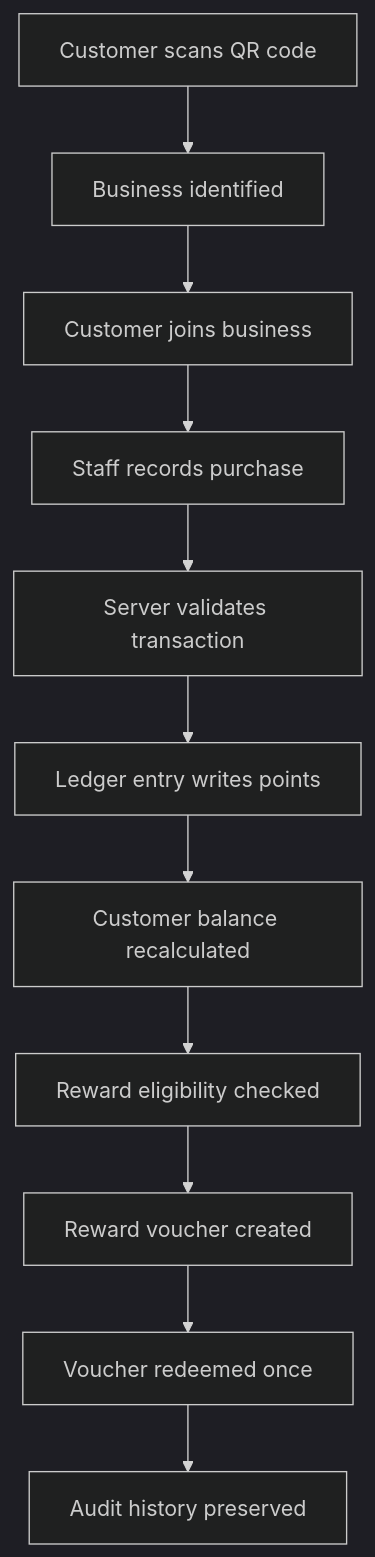
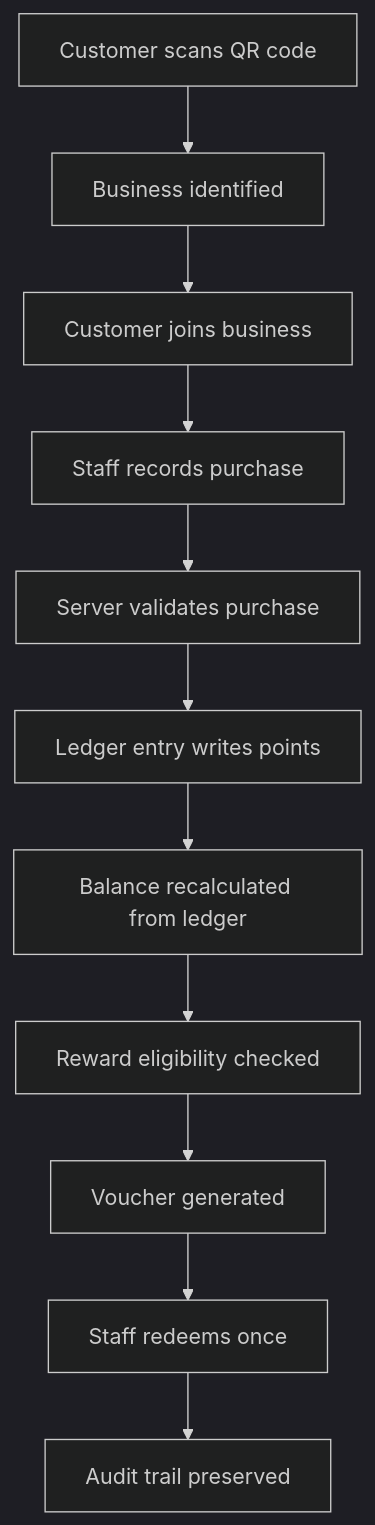
The diagram in README.md (Bhishamt/Repeato), drawn with Mermaid (dark theme) before and after one commit. The commit also changed other lines of this file, not shown here.

````diff
--- a/README.md
+++ b/README.md
@@ -115,13 +84,13 @@
 ```mermaid
 flowchart TD
     A[Customer scans QR code] --> B[Business identified]
     B --> C[Customer joins business]
     C --> D[Staff records purchase]
-    D --> E[Server validates transaction]
+    D --> E[Server validates purchase]
     E --> F[Ledger entry writes points]
-    F --> G[Customer balance recalculated]
+    F --> G[Balance recalculated from ledger]
     G --> H[Reward eligibility checked]
-    H --> I[Reward voucher created]
-    I --> J[Voucher redeemed once]
-    J --> K[Audit history preserved]
+    H --> I[Voucher generated]
+    I --> J[Staff redeems once]
+    J --> K[Audit trail preserved]
 ```
````
